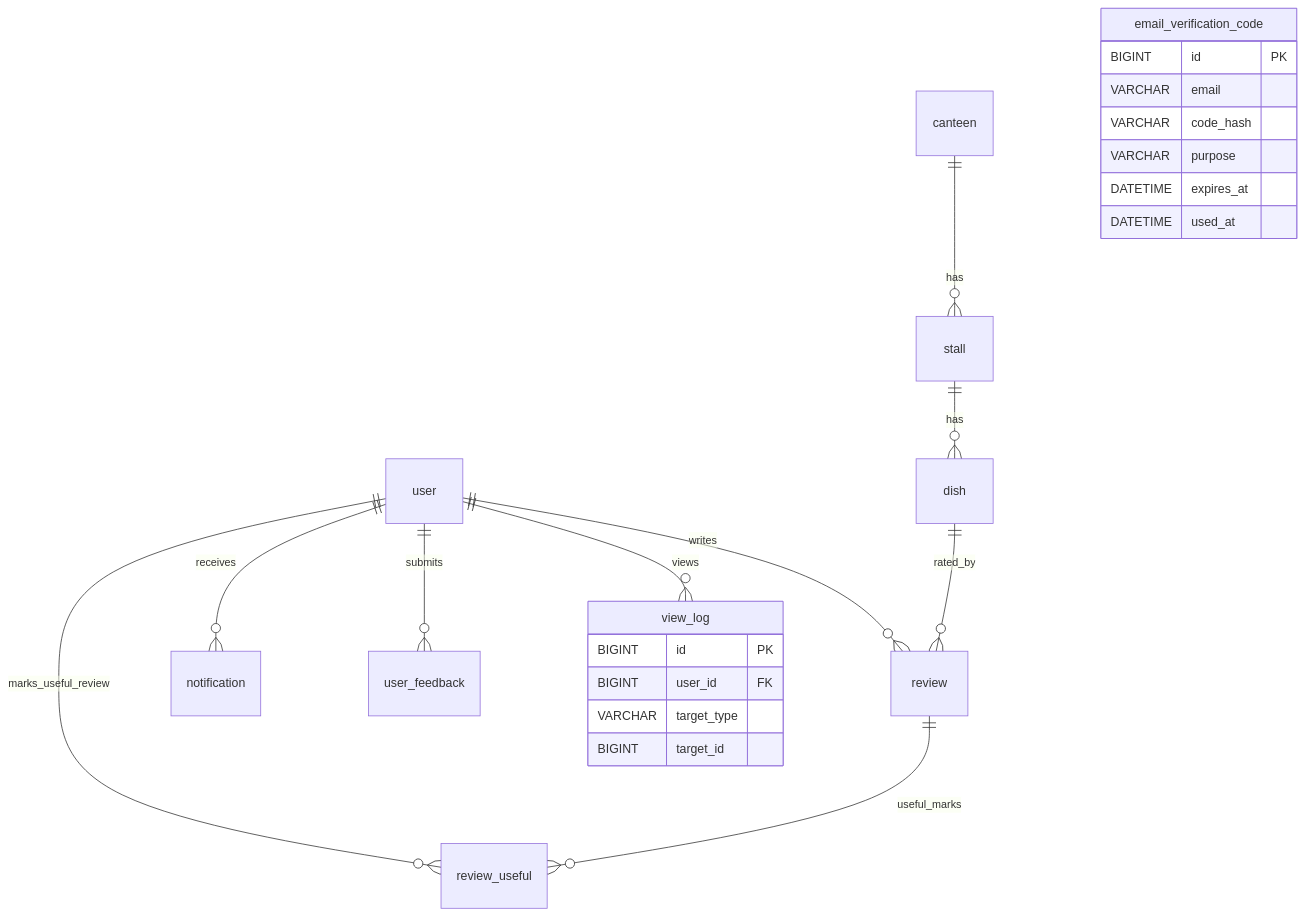
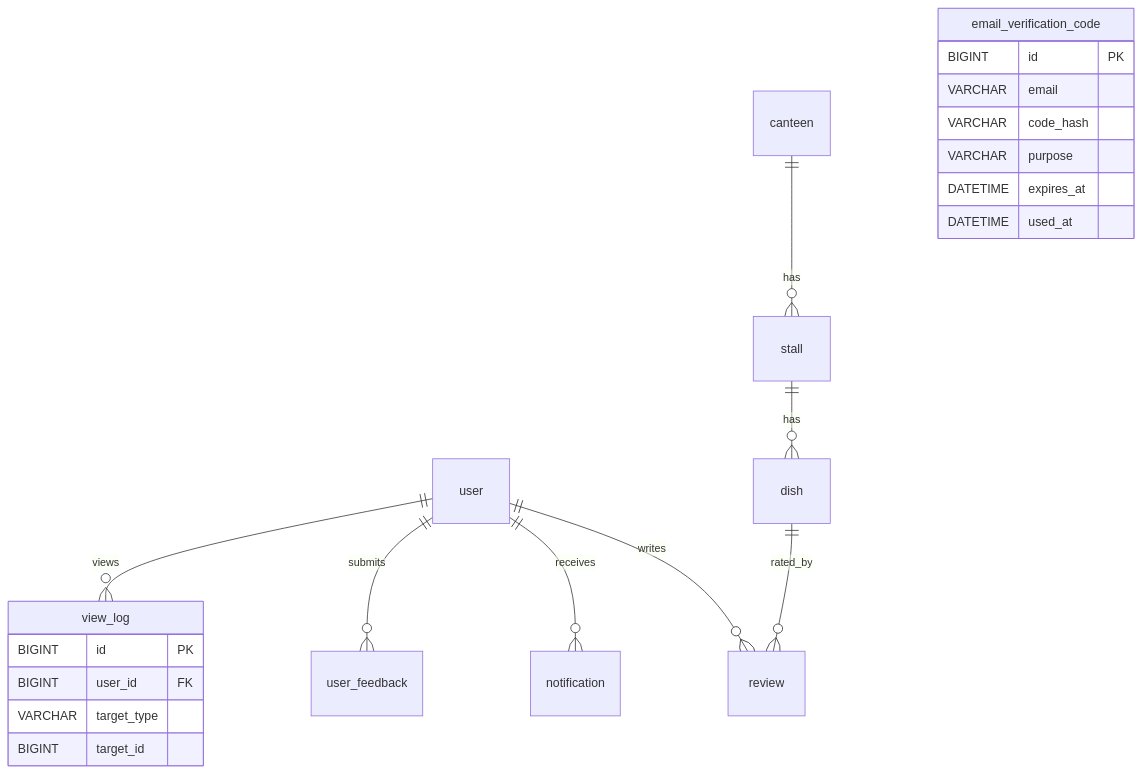
The diagram in docs/database.md (jolly326/bjtu_food), drawn with Mermaid before and after one commit. The commit also changed other lines of this file and 105 other files, not shown here.

````diff
--- a/docs/database.md
+++ b/docs/database.md
@@ -255,28 +260,26 @@
 ```mermaid
 erDiagram
     user ||--o{ review : "writes"
     user ||--o{ notification : "receives"
     user ||--o{ user_feedback : "submits"
     user ||--o{ view_log : "views"
-    user ||--o{ review_useful : "marks_useful_review"
 
     canteen ||--o{ stall : "has"
     stall ||--o{ dish : "has"
     dish ||--o{ review : "rated_by"
-    review ||--o{ review_useful : "useful_marks"
 
     email_verification_code {
         BIGINT id PK
         VARCHAR email
         VARCHAR code_hash
         VARCHAR purpose
         DATETIME expires_at
         DATETIME used_at
     }
     view_log {
         BIGINT id PK
         BIGINT user_id FK
         VARCHAR target_type
         BIGINT target_id
     }
 ```
````
